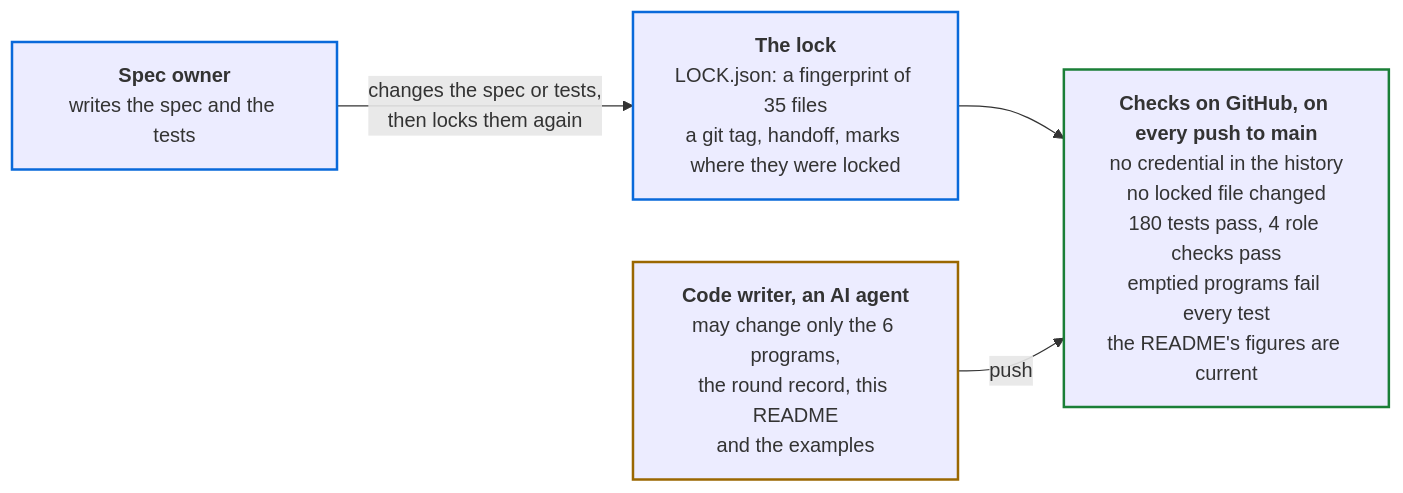
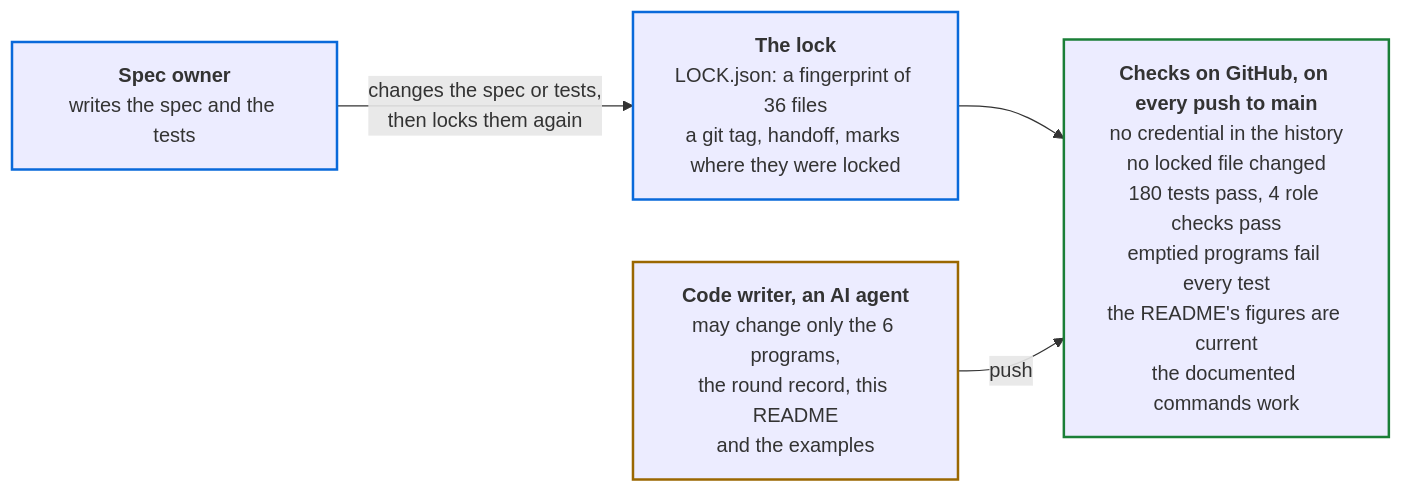
One commit to PaulDuvall/adlc-security-reviewer changed the fourth of 4 diagrams in README.md. Above: the diagram before and after it, drawn with Mermaid. The commit also changed other lines of this file and 7 other files, not shown here.

Commit message:
Re-lock: run the READMEs' reviewer commands as written (tools/docs-check.mjs)

````diff
--- a/README.md
+++ b/README.md
@@ -303,16 +303,16 @@
 ```mermaid
 flowchart LR
   so["<b>Spec owner</b><br/>writes the spec and the tests"]
-  lock["<b>The lock</b><br/>LOCK.json: a fingerprint of 35 files<br/>a git tag, handoff, marks where they were locked"]
+  lock["<b>The lock</b><br/>LOCK.json: a fingerprint of 36 files<br/>a git tag, handoff, marks where they were locked"]
   cw["<b>Code writer, an AI agent</b><br/>may change only the 6 programs,<br/>the round record, this README<br/>and the examples"]
-  ci["<b>Checks on GitHub, on every push to main</b><br/>no credential in the history<br/>no locked file changed<br/>180 tests pass, 4 role checks pass<br/>emptied programs fail every test<br/>the README's figures are current"]
+  ci["<b>Checks on GitHub, on every push to main</b><br/>no credential in the history<br/>no locked file changed<br/>180 tests pass, 4 role checks pass<br/>emptied programs fail every test<br/>the README's figures are current<br/>the documented commands work"]
   so -->|"changes the spec or tests,<br/>then locks them again"| lock
   lock --> ci
   cw -->|"push"| ci
   classDef owner stroke:#0969da,stroke-width:2px
   classDef agent stroke:#9a6700,stroke-width:2px
   classDef gate stroke:#1a7f37,stroke-width:2px
   class so,lock owner
   class cw agent
   class ci gate
 ```
````
